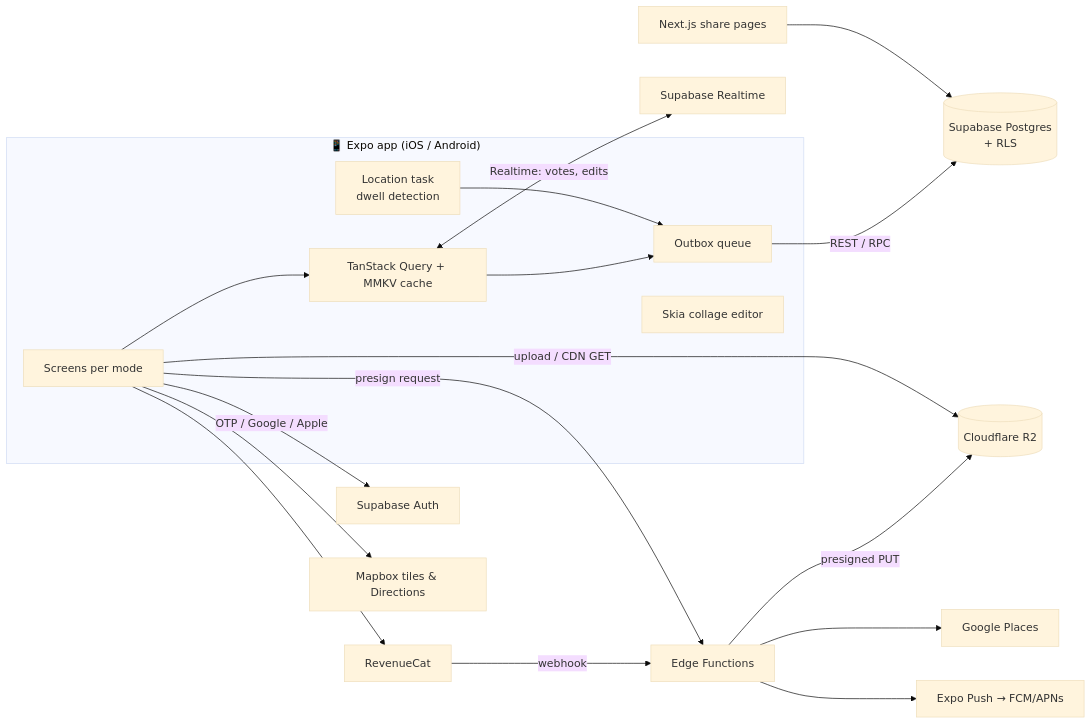
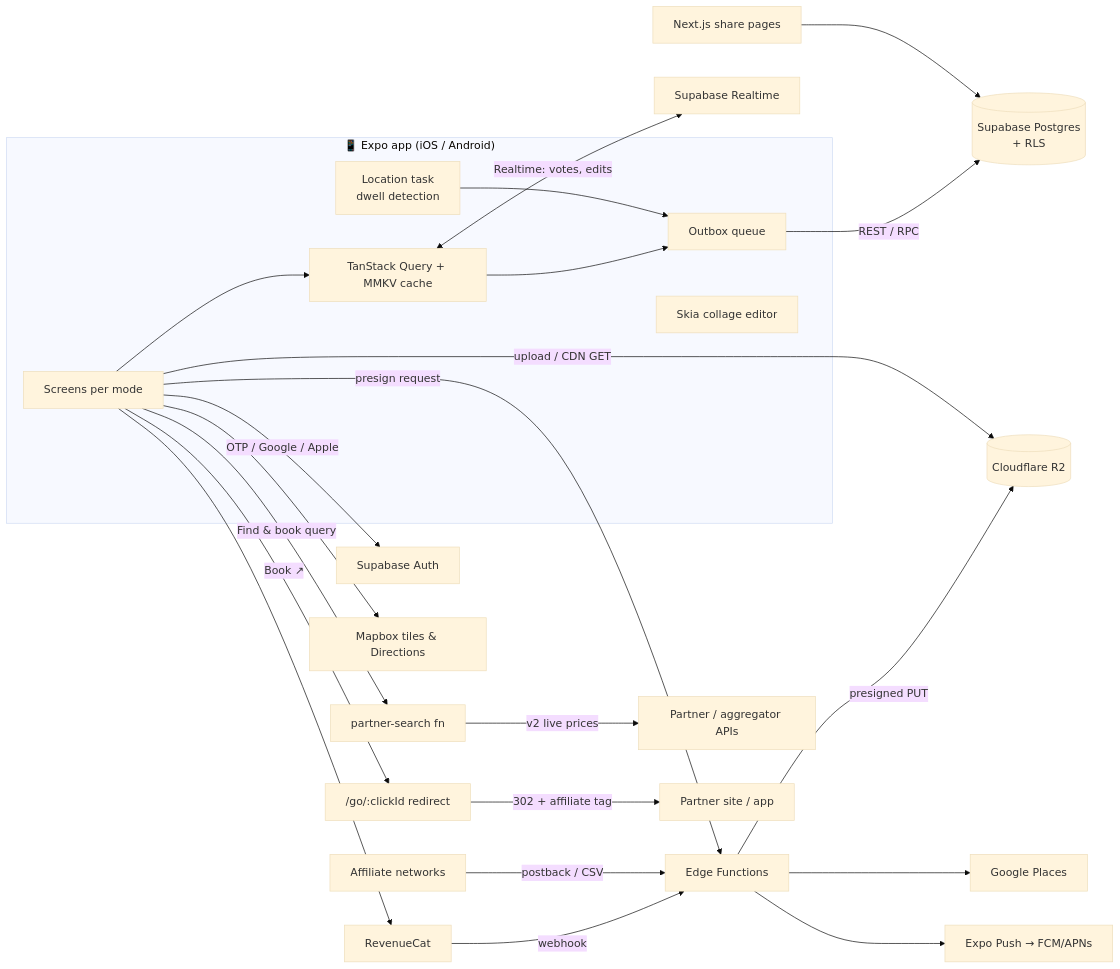
One commit to Gowthamanravindran/TravelOG changed the first of 2 diagrams in docs/03-architecture.md. Above: the diagram before and after it, drawn with Mermaid (base theme). The commit also changed other lines of this file and 5 other files, not shown here.

First line of the commit message:
Add Find & book affiliate booking to Bookings tab

````diff
--- a/docs/03-architecture.md
+++ b/docs/03-architecture.md
@@ -48,21 +49,25 @@
 ```mermaid
 flowchart LR
   subgraph Device["📱 Expo app (iOS / Android)"]
     UI[Screens per mode] --> Q[TanStack Query + MMKV cache]
     Q --> OB[Outbox queue]
     LOC[Location task<br/>dwell detection] --> OB
     SK[Skia collage editor]
   end
 
   OB -->|REST / RPC| SB[(Supabase Postgres<br/>+ RLS)]
   Q <-->|Realtime: votes, edits| RT[Supabase Realtime]
   UI -->|OTP / Google / Apple| AUTH[Supabase Auth]
   UI -->|presign request| EF[Edge Functions]
   EF -->|presigned PUT| R2[(Cloudflare R2)]
   UI -->|upload / CDN GET| R2
   EF --> PL[Google Places]
   UI --> MB[Mapbox tiles & Directions]
   EF --> PUSH[Expo Push → FCM/APNs]
   UI --> RC[RevenueCat] -->|webhook| EF
   WEB[Next.js share pages] --> SB
+  UI -->|Find & book query| PS[partner-search fn]
+  PS -->|v2 live prices| PAPI[Partner / aggregator APIs]
+  UI -->|Book ↗| GO["/go/:clickId redirect"] -->|302 + affiliate tag| PARTNER[Partner site / app]
+  NET[Affiliate networks] -->|postback / CSV| EF
 ```
````
